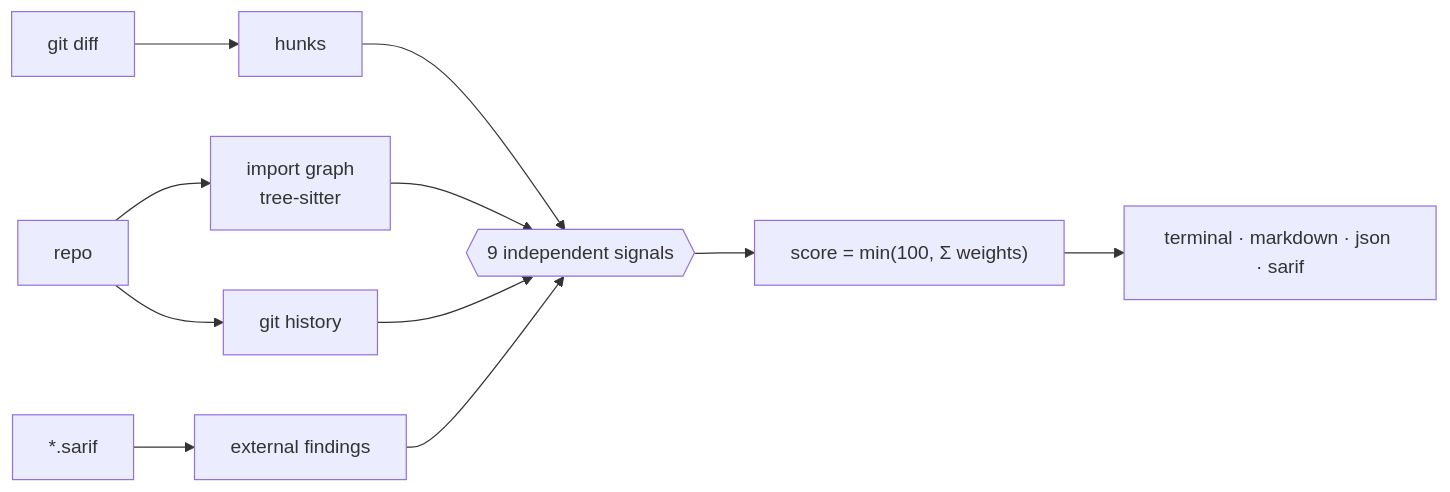
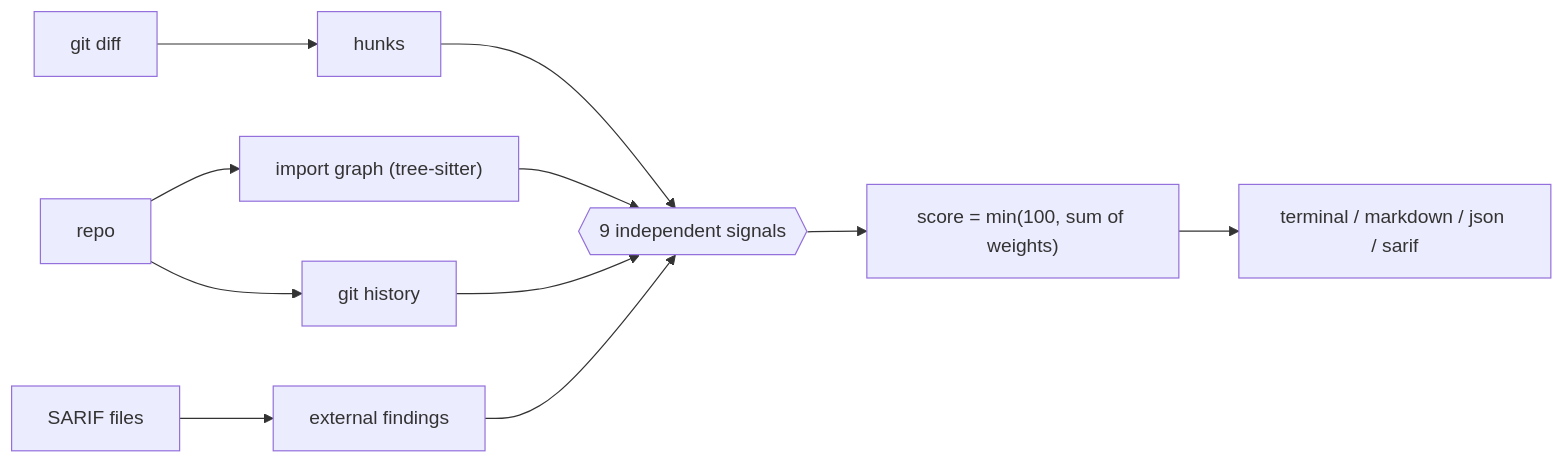
Before and after one commit to 44dummies/review-radar: the diagram in README.md, drawn with Mermaid.

Commit message:
docs: quote Mermaid labels so GitHub renders the diagram

````diff
--- a/README.md
+++ b/README.md
@@ -188,13 +188,13 @@
 ```mermaid
 flowchart LR
-  D[git diff] --> H[hunks]
-  R[repo] --> G[import graph<br/>tree-sitter]
-  R --> Y[git history]
-  S[*.sarif] --> X[external findings]
-  H --> SIG{{9 independent signals}}
+  D["git diff"] --> H["hunks"]
+  R["repo"] --> G["import graph (tree-sitter)"]
+  R --> Y["git history"]
+  S["SARIF files"] --> X["external findings"]
+  H --> SIG{{"9 independent signals"}}
   G --> SIG
   Y --> SIG
   X --> SIG
-  SIG --> SC["score = min(100, Σ weights)"]
-  SC --> O[terminal · markdown · json · sarif]
+  SIG --> SC["score = min(100, sum of weights)"]
+  SC --> O["terminal / markdown / json / sarif"]
 ```
````
